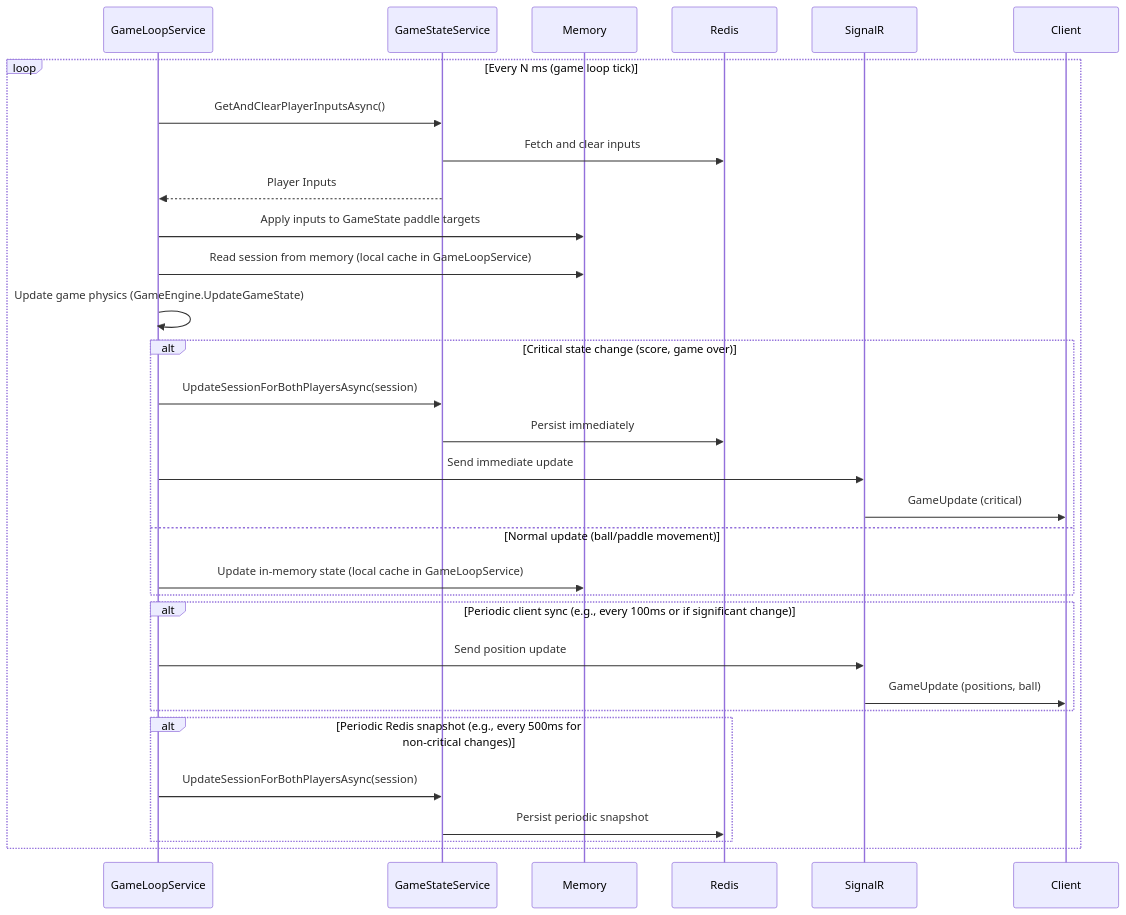
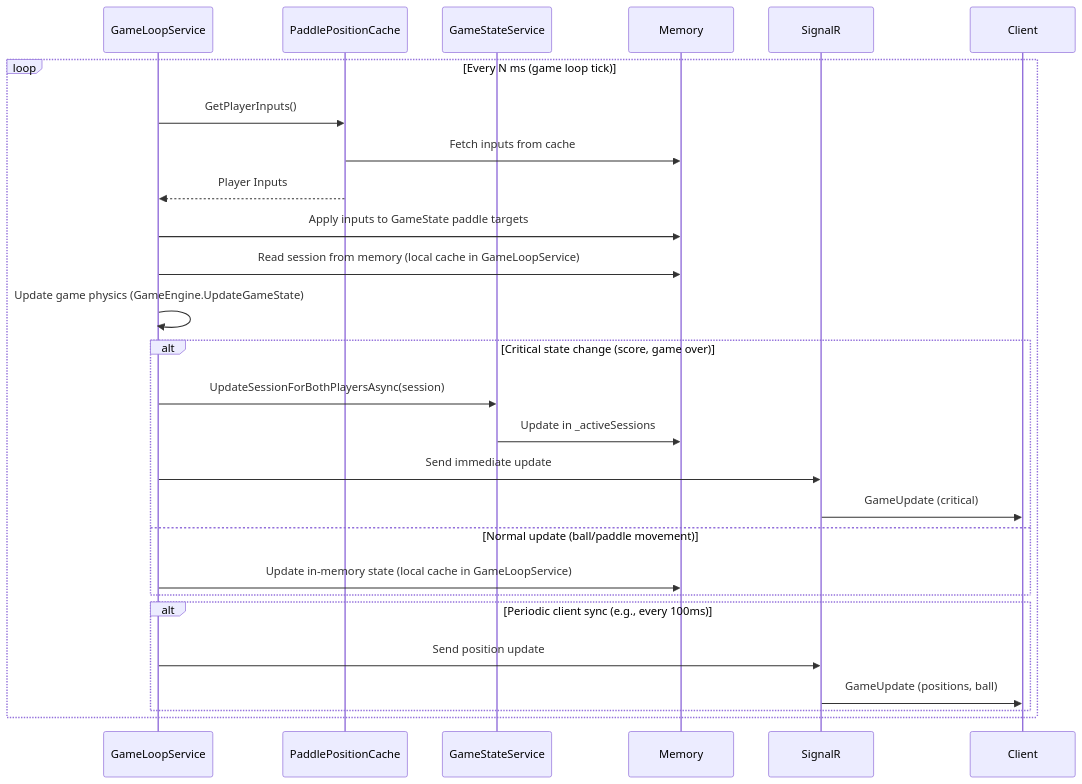
The fourth of 4 diagrams in SYSTEM_DESIGN.md (rmoreirao/AzureOnlinePongGame), drawn with Mermaid before and after one commit. The commit also changed other lines of this file and 1 other file, not shown here.

Commit message:
refactor: Remove GameSessionCache service to streamline session management

````diff
--- a/SYSTEM_DESIGN.md
+++ b/SYSTEM_DESIGN.md
@@ -196,37 +201,32 @@
 ```mermaid
 sequenceDiagram
     participant GameLoopService
+    participant PaddlePositionCache
     participant GameStateService
     participant Memory
-    participant Redis
     participant SignalR
     participant Client
     
     loop Every N ms (game loop tick)
-        GameLoopService->>GameStateService: GetAndClearPlayerInputsAsync()
-        GameStateService->>Redis: Fetch and clear inputs
-        GameStateService-->>GameLoopService: Player Inputs
+        GameLoopService->>PaddlePositionCache: GetPlayerInputs()
+        PaddlePositionCache->>Memory: Fetch inputs from cache
+        PaddlePositionCache-->>GameLoopService: Player Inputs
         GameLoopService->>Memory: Apply inputs to GameState paddle targets
         GameLoopService->>Memory: Read session from memory (local cache in GameLoopService)
         GameLoopService->>GameLoopService: Update game physics (GameEngine.UpdateGameState)
         
         alt Critical state change (score, game over)
             GameLoopService->>GameStateService: UpdateSessionForBothPlayersAsync(session)
-            GameStateService->>Redis: Persist immediately
+            GameStateService->>Memory: Update in _activeSessions
             GameLoopService->>SignalR: Send immediate update
             SignalR->>Client: GameUpdate (critical)
         else Normal update (ball/paddle movement)
             GameLoopService->>Memory: Update in-memory state (local cache in GameLoopService)
         end
         
-        alt Periodic client sync (e.g., every 100ms or if significant change)
+        alt Periodic client sync (e.g., every 100ms)
             GameLoopService->>SignalR: Send position update
             SignalR->>Client: GameUpdate (positions, ball)
         end
-        
-        alt Periodic Redis snapshot (e.g., every 500ms for non-critical changes)
-            GameLoopService->>GameStateService: UpdateSessionForBothPlayersAsync(session)
-            GameStateService->>Redis: Persist periodic snapshot
-        end
     end
 ```
````
